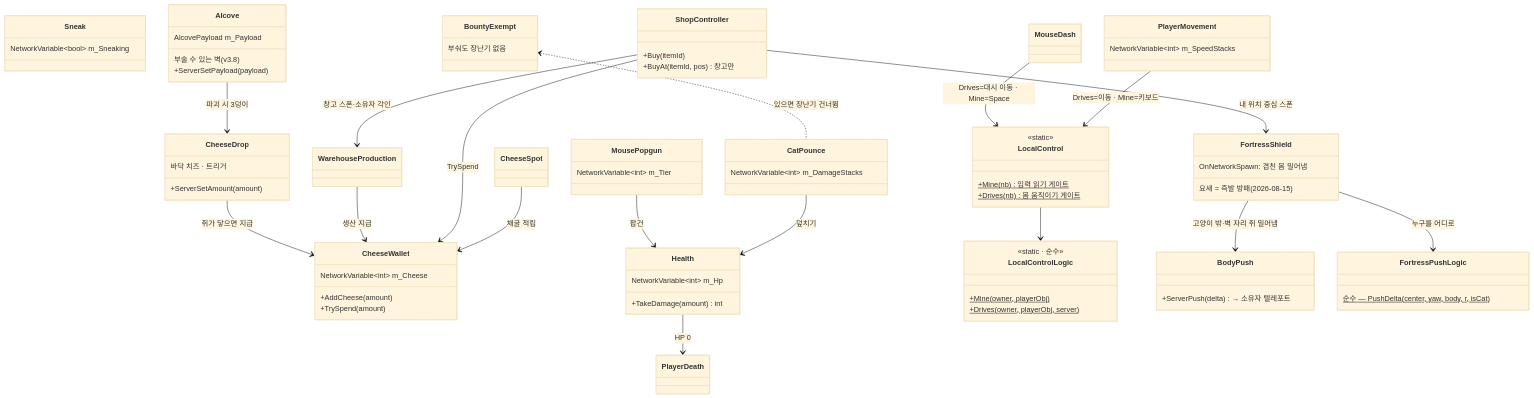
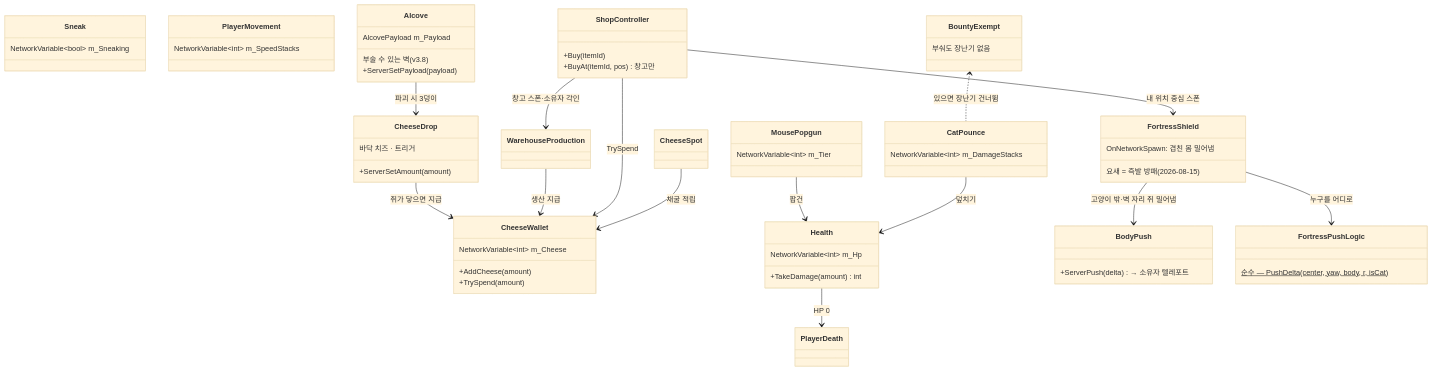
Diagram 18 of 32 in CTC/docs/design-vault/코드 다이어그램.md (JeahanPark/The-Cheese-Thief-and-the-Cat), drawn with Mermaid (base theme) before and after one commit. The commit also changed other lines of this file and 1 other file, not shown here.

First line of the commit message:
fix(tech): 재리뷰 반영 — 다이어그램 스코프 축소·소리거리 근거 정정·콤마 검사 실효화

````diff
--- a/CTC/docs/design-vault/코드 다이어그램.md
+++ b/CTC/docs/design-vault/코드 다이어그램.md
@@ -681,79 +616,66 @@
 ```mermaid
 classDiagram
     direction TB
 
     class CheeseWallet {
         NetworkVariable~int~ m_Cheese
         +AddCheese(amount)
         +TrySpend(amount)
     }
     class Health {
         NetworkVariable~int~ m_Hp
         +TakeDamage(amount) int
     }
     class CatPounce {
         NetworkVariable~int~ m_DamageStacks
     }
     class MousePopgun {
         NetworkVariable~int~ m_Tier
     }
     class Sneak {
         NetworkVariable~bool~ m_Sneaking
     }
     class PlayerMovement {
         NetworkVariable~int~ m_SpeedStacks
     }
-    class LocalControl {
-        <<static>>
-        +Mine(nb)$ 입력 읽기 게이트
-        +Drives(nb)$ 몸 움직이기 게이트
-    }
-    class LocalControlLogic {
-        <<static · 순수>>
-        +Mine(owner, playerObj)$
-        +Drives(owner, playerObj, server)$
-    }
-    LocalControl --> LocalControlLogic
-    PlayerMovement --> LocalControl : Drives=이동 · Mine=키보드
-    MouseDash --> LocalControl : Drives=대시 이동 · Mine=Space
     class ShopController {
         +Buy(itemId)
         +BuyAt(itemId, pos) 창고만
     }
     class FortressShield {
         요새 = 즉발 방패 (2026-08-15)
         OnNetworkSpawn: 겹친 몸 밀어냄
     }
     class BodyPush {
         +ServerPush(delta) → 소유자 텔레포트
     }
     class FortressPushLogic {
         순수 — PushDelta(center, yaw, body, r, isCat)$
     }
     class Alcove {
         부술 수 있는 벽 (v3.8)
         AlcovePayload m_Payload
         +ServerSetPayload(payload)
     }
     class CheeseDrop {
         바닥 치즈 · 트리거
         +ServerSetAmount(amount)
     }
     class BountyExempt {
         부숴도 장난기 없음
     }
 
     CheeseSpot --> CheeseWallet : 채굴 적립
     ShopController --> CheeseWallet : TrySpend
     ShopController --> WarehouseProduction : 창고 스폰·소유자 각인
     ShopController --> FortressShield : 내 위치 중심 스폰
     FortressShield --> FortressPushLogic : 누구를 어디로
     FortressShield --> BodyPush : 고양이 밖·벽 자리 쥐 밀어냄
     WarehouseProduction --> CheeseWallet : 생산 지급
     CatPounce --> Health : 덮치기
     MousePopgun --> Health : 팝건
     Health --> PlayerDeath : HP 0
     Alcove --> CheeseDrop : 파괴 시 3덩이
     CheeseDrop --> CheeseWallet : 쥐가 닿으면 지급
     BountyExempt <.. CatPounce : 있으면 장난기 건너뜀
 ```
````
